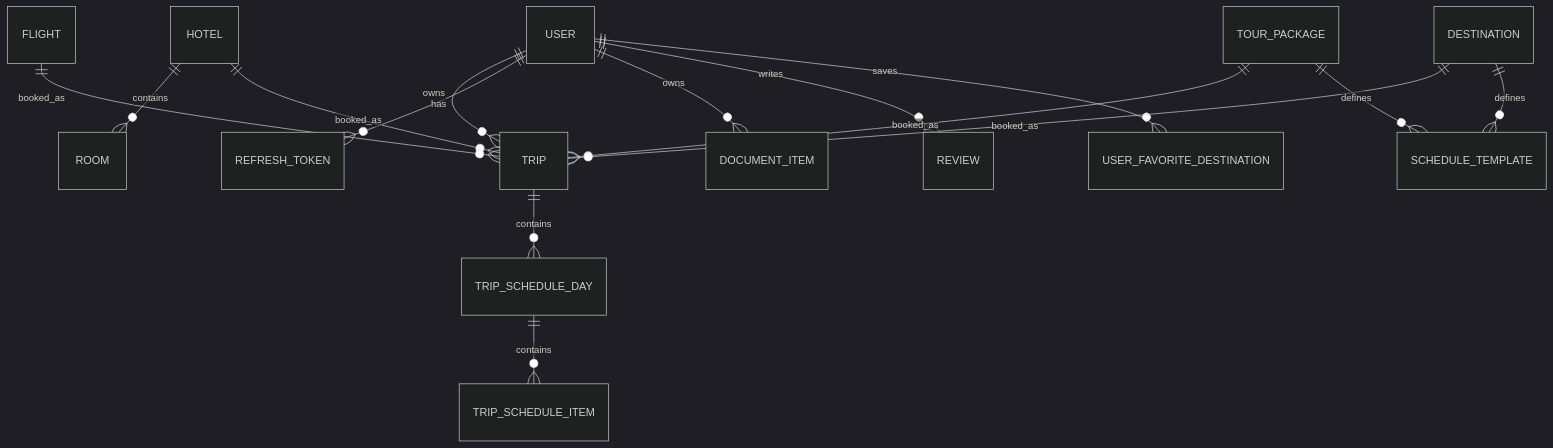
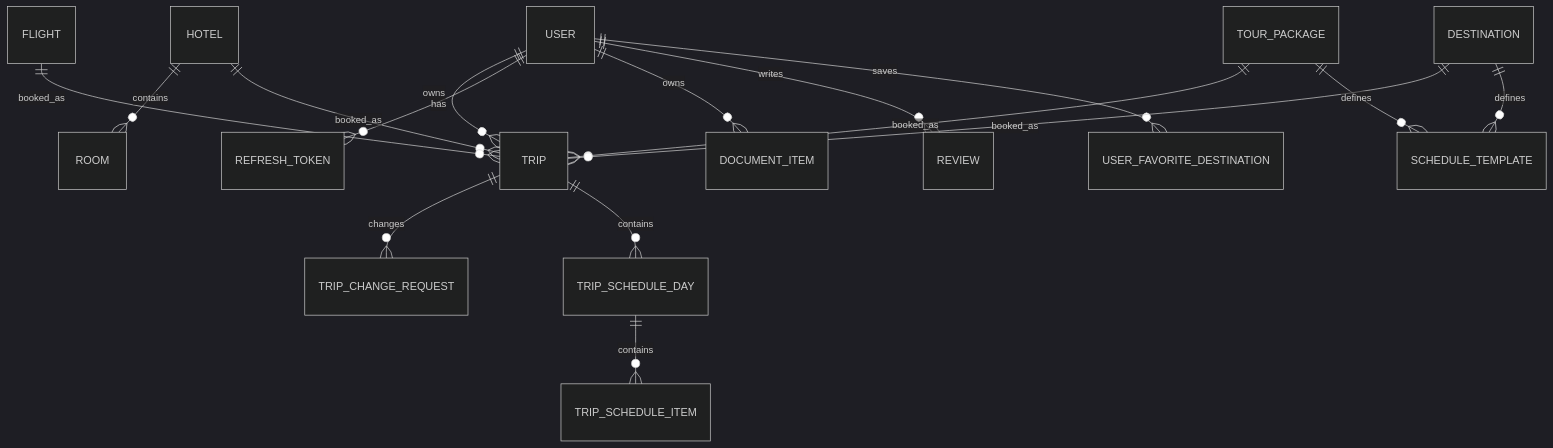
One commit to OniAntou/OnlineTravelAgent changed the first of 2 diagrams in docs/architecture/data-security-and-integrations.md. Above: the diagram before and after it, drawn with Mermaid (dark theme). The commit also changed other lines of this file and 5 other files, not shown here.

Commit message:
docs: document trip change request workflow

```diff
--- a/docs/architecture/data-security-and-integrations.md
+++ b/docs/architecture/data-security-and-integrations.md
@@ -7,17 +7,18 @@
 ~~~mermaid
 erDiagram
     USER ||--o{ TRIP : owns
     USER ||--o{ REFRESH_TOKEN : has
     USER ||--o{ DOCUMENT_ITEM : owns
     USER ||--o{ REVIEW : writes
     USER ||--o{ USER_FAVORITE_DESTINATION : saves
     HOTEL ||--o{ ROOM : contains
     HOTEL ||--o{ TRIP : booked_as
     TOUR_PACKAGE ||--o{ TRIP : booked_as
     DESTINATION ||--o{ TRIP : booked_as
     FLIGHT ||--o{ TRIP : booked_as
+    TRIP ||--o{ TRIP_CHANGE_REQUEST : changes
     TRIP ||--o{ TRIP_SCHEDULE_DAY : contains
     TRIP_SCHEDULE_DAY ||--o{ TRIP_SCHEDULE_ITEM : contains
     TOUR_PACKAGE ||--o{ SCHEDULE_TEMPLATE : defines
     DESTINATION ||--o{ SCHEDULE_TEMPLATE : defines
 ~~~
```
